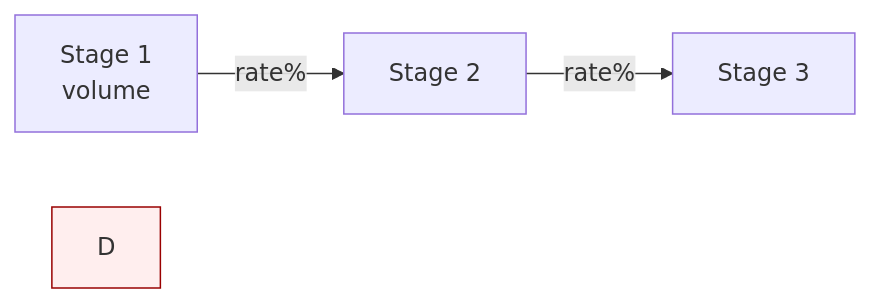
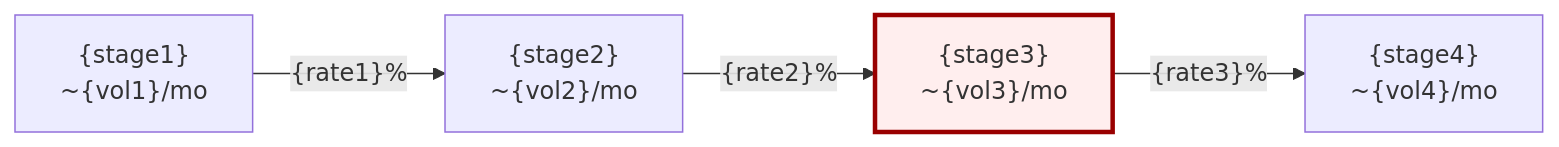
One commit to samuelfreemanjobs-hash/ceo changed the first of 4 diagrams in .github/skills/funnel-visualization/SKILL.md. Above: the diagram before and after it, drawn with Mermaid. The commit also changed other lines of this file and 38 other files, not shown here.

First line of the commit message:
feat(funnel-architect): expand skills bundle to production depth

````diff
--- a/.github/skills/funnel-visualization/SKILL.md
+++ b/.github/skills/funnel-visualization/SKILL.md
@@ -20,6 +39,7 @@
 ```mermaid
 flowchart LR
-    A[Stage 1<br/>volume] -->|rate%| B[Stage 2]
-    B -->|rate%| C[Stage 3]
-    style D fill:#fee,stroke:#900
+    A["{stage1}<br/>~{vol1}/mo"] -->|"{rate1}%"| B["{stage2}<br/>~{vol2}/mo"]
+    B -->|"{rate2}%"| C["{stage3}<br/>~{vol3}/mo"]
+    C -->|"{rate3}%"| D["{stage4}<br/>~{vol4}/mo"]
+    style C fill:#fee,stroke:#900,stroke-width:3px
 ```
````
